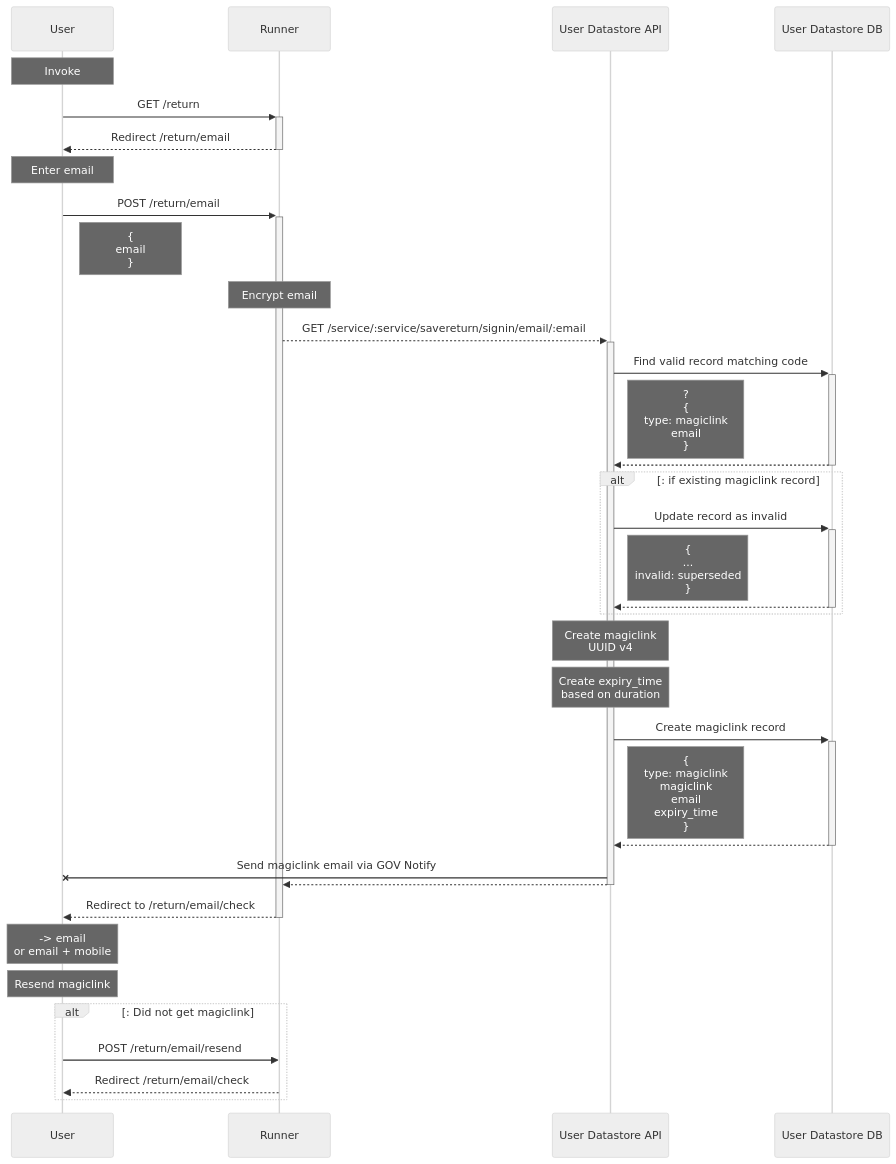
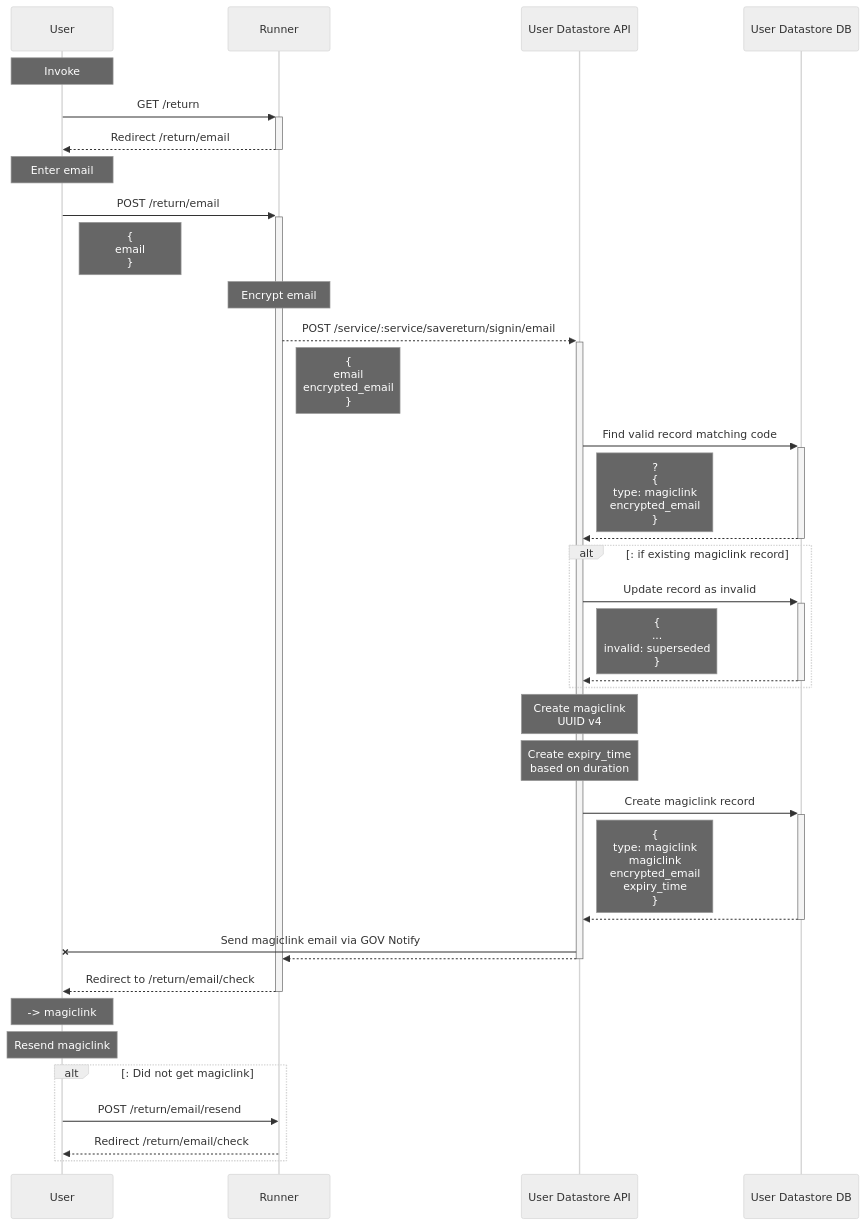
The diagram in documentation/running/save-and-return/files/return--signin.mmd (ministryofjustice/form-builder), drawn with Mermaid (neutral theme) before and after one commit. The commit also changed 29 other files, not shown here.

```diff
--- a/documentation/running/save-and-return/files/return--signin.mmd
+++ b/documentation/running/save-and-return/files/return--signin.mmd
@@ -1,69 +1,71 @@
 sequenceDiagram
 
 participant U as User
 
 participant R as Runner
 
 participant DS as User Datastore API
 
 participant DB as User Datastore DB
 
 Note over U: Invoke
 
 U->>+R: GET /return
 
 R-->>-U: Redirect /return/email
 
 Note over U: Enter email
 
 U->>+R: POST /return/email
 
 Note right of U: {<br>email<br>}
 
 Note over R: Encrypt email
 
-R-->>+DS: GET /service/:service/savereturn/signin/email/:email
+R-->>+DS: POST /service/:service/savereturn/signin/email
+
+Note right of R: {<br>email<br>encrypted_email<br>}
 
 DS->>+DB: Find valid record matching code 
 
-Note right of DS: ?<br>{<br>type: magiclink<br>email<br>}
+Note right of DS: ?<br>{<br>type: magiclink<br>encrypted_email<br>}
 
 DB-->>-DS: 
 
 alt: if existing magiclink record
 
 DS->>+DB: Update record as invalid 
 
 Note right of DS: {<br>...<br>invalid: superseded<br>}
 
 DB-->>-DS: 
 
 end
 
 Note over DS: Create  magiclink<br>UUID v4
 
 Note over DS: Create expiry_time<br>based on duration
 
 DS->>+DB: Create magiclink record 
 
-Note right of DS: { <br>type: magiclink<br>magiclink<br>email<br>expiry_time<br> }
+Note right of DS: { <br>type: magiclink<br>magiclink<br>encrypted_email<br>expiry_time<br> }
 
 DB-->>-DS: 
 
 DS-XU: Send magiclink email via GOV Notify 
 
 DS-->>-R:  
 
 R-->>-U:  Redirect to /return/email/check
 
-Note over U: -> email<br> or email + mobile
+Note over U: -> magiclink
 
 Note over U: Resend magiclink
 
 alt: Did not get magiclink
 
 U->>R: POST /return/email/resend
 
 R-->>U: Redirect /return/email/check
 
 end
```
